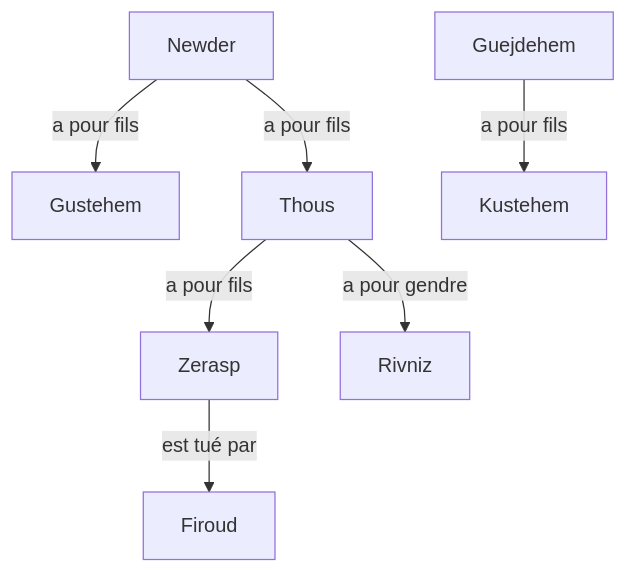
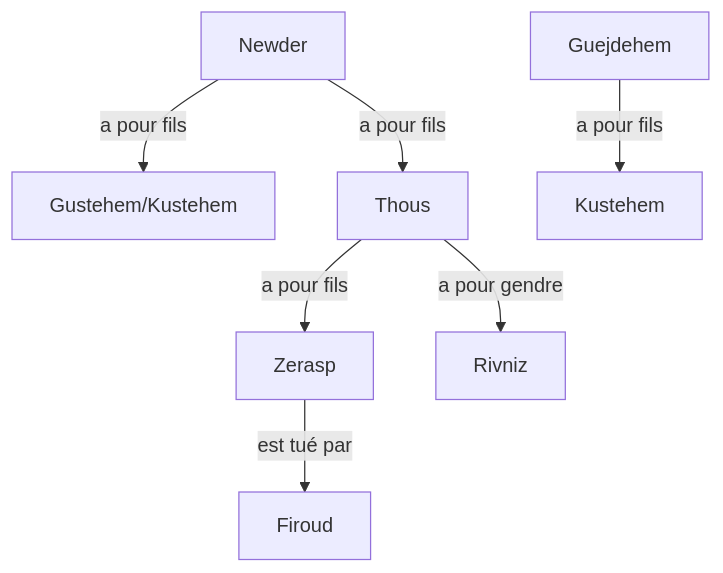
The diagram in src/graphs/newder/newder.mmd (hdorgeval/le-livre-des-rois), drawn with Mermaid before and after one commit.

Commit message:
feat(newder): update genealogy graph

```diff
--- a/src/graphs/newder/newder.mmd
+++ b/src/graphs/newder/newder.mmd
@@ -1,7 +1,7 @@
 graph TD
-Newder --a pour fils--> Gustehem
+Newder --a pour fils--> Gustehem/Kustehem
 Newder --a pour fils--> Thous
 Guejdehem --a pour fils--> Kustehem
 Thous --a pour fils--> Zerasp
 Thous --a pour gendre--> Rivniz
 Zerasp --est tué par--> Firoud
```
